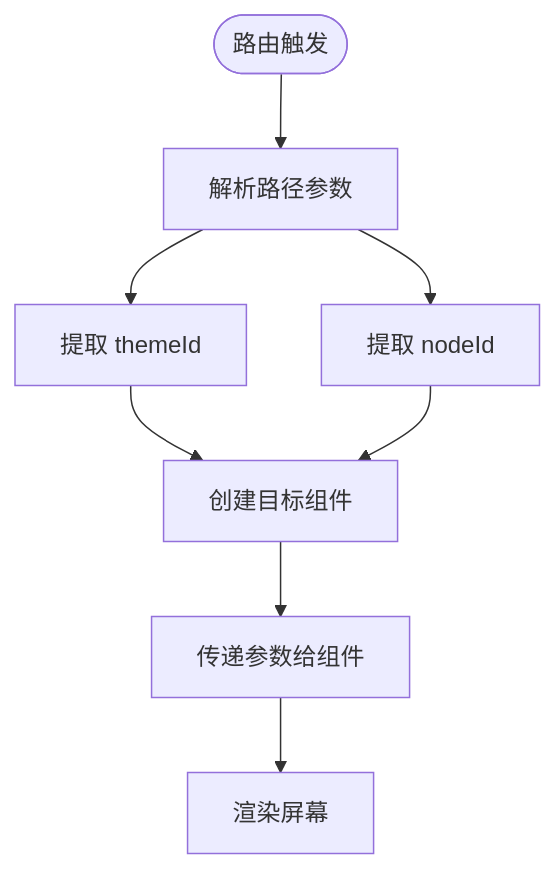
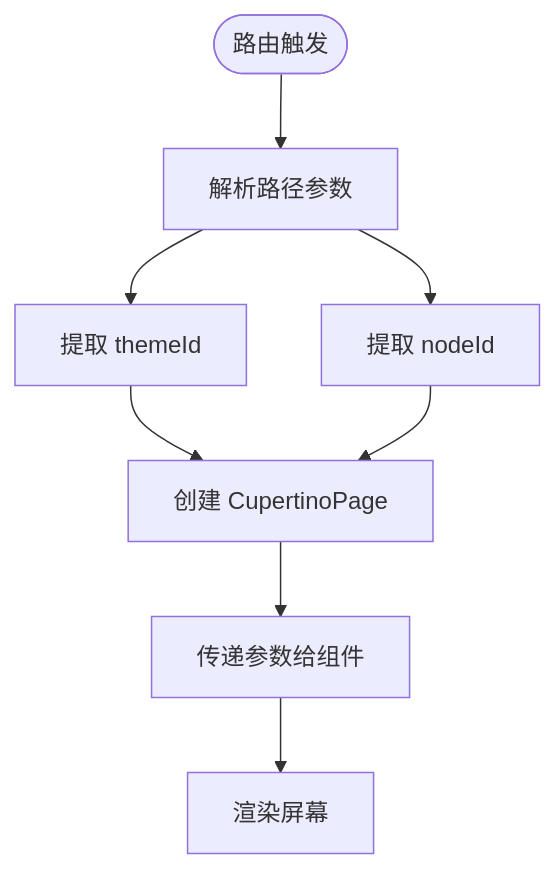
Before and after one commit to Ykworm/thktree: the sixth of 14 diagrams in .qoder/repowiki/zh/content/架构设计/路由系统设计.md, drawn with Mermaid. The commit also changed other lines of this file and 39 other files, not shown here.

````diff
--- a/.qoder/repowiki/zh/content/架构设计/路由系统设计.md
+++ b/.qoder/repowiki/zh/content/架构设计/路由系统设计.md
@@ -218,10 +251,10 @@
 ```mermaid
 flowchart TD
 Start([路由触发]) --> ParsePath["解析路径参数"]
 ParsePath --> ExtractTheme["提取 themeId"]
 ParsePath --> ExtractNode["提取 nodeId"]
-ExtractTheme --> CreateWidget["创建目标组件"]
-ExtractNode --> CreateWidget
-CreateWidget --> PassParams["传递参数给组件"]
+ExtractTheme --> CreateCupertinoPage["创建 CupertinoPage"]
+ExtractNode --> CreateCupertinoPage
+CreateCupertinoPage --> PassParams["传递参数给组件"]
 PassParams --> RenderScreen["渲染屏幕"]
 ```
````
